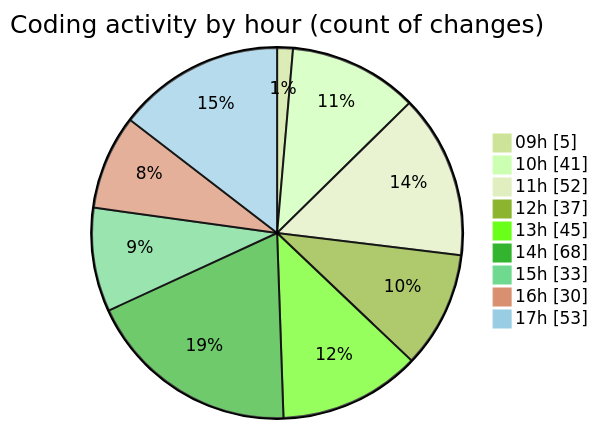
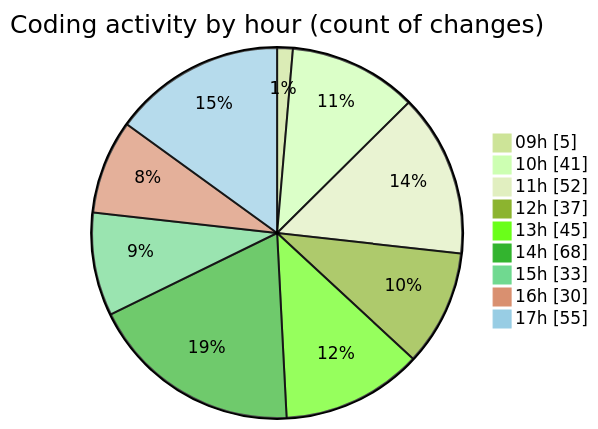
One commit to momahboobian/code-tracking changed the second of 2 diagrams in 2026-04-27/cda/README.md. Above: the diagram before and after it, drawn with Mermaid (forest theme). The commit also changed other lines of this file and 1 other file, not shown here.

````diff
--- a/2026-04-27/cda/README.md
+++ b/2026-04-27/cda/README.md
@@ -68,13 +68,13 @@
 ```mermaid
 pie showData
 title Coding activity by hour (count of changes)
 "09h" : 5
 "10h" : 41
 "11h" : 52
 "12h" : 37
 "13h" : 45
 "14h" : 68
 "15h" : 33
 "16h" : 30
-"17h" : 53
+"17h" : 55
 ```
````
